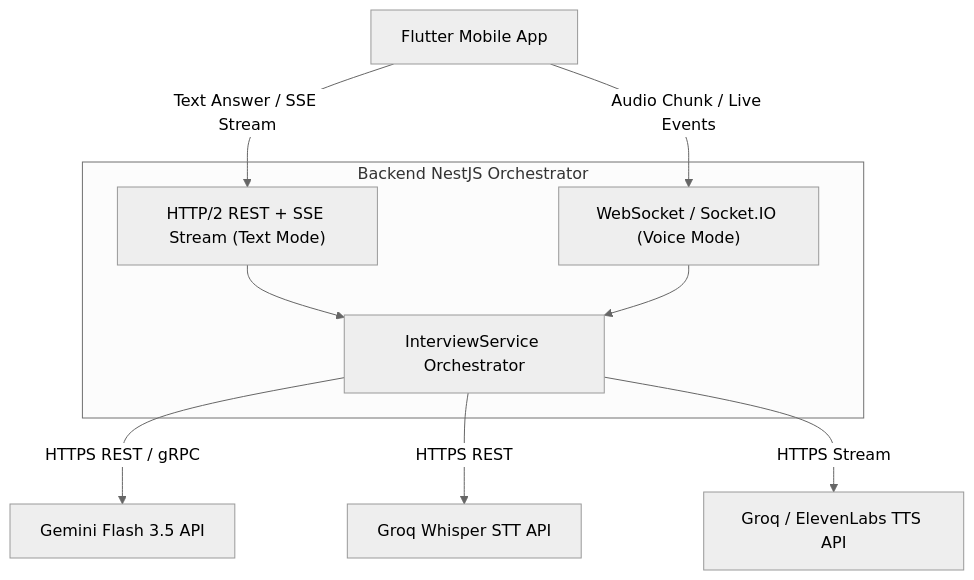
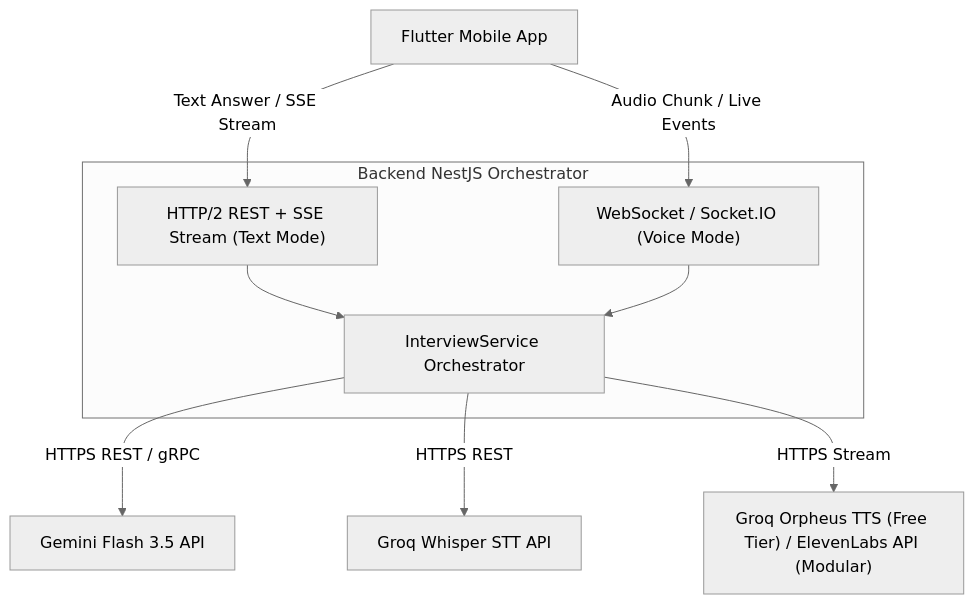
The first of 3 diagrams in docs/PRD-AI-INTERVIEW.md (ahmdtrdi/yudha-app), drawn with Mermaid (neutral theme) before and after one commit. The commit also changed other lines of this file and 2 other files, not shown here.

````diff
--- a/docs/PRD-AI-INTERVIEW.md
+++ b/docs/PRD-AI-INTERVIEW.md
@@ -60,14 +60,14 @@
 ```mermaid
 graph TD
     Client[Flutter Mobile App] -->|Text Answer / SSE Stream| REST["HTTP/2 REST + SSE Stream (Text Mode)"]
     Client -->|Audio Chunk / Live Events| WS["WebSocket / Socket.IO (Voice Mode)"]
     
     subgraph Backend NestJS Orchestrator
         REST --> Service[InterviewService Orchestrator]
         WS --> Service
     end
 
     Service -->|HTTPS REST / gRPC| Gemini[Gemini Flash 3.5 API]
     Service -->|HTTPS REST| Groq[Groq Whisper STT API]
-    Service -->|HTTPS Stream| TTS[Groq / ElevenLabs TTS API]
+    Service -->|HTTPS Stream| TTS["Groq Orpheus TTS (Free Tier) / ElevenLabs API (Modular)"]
 ```
````
